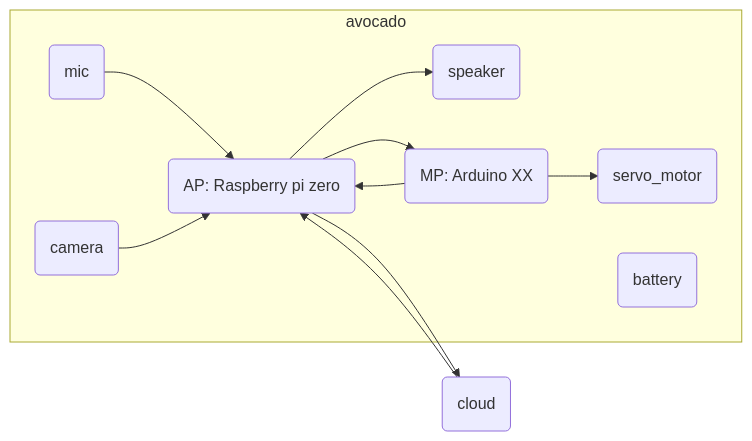
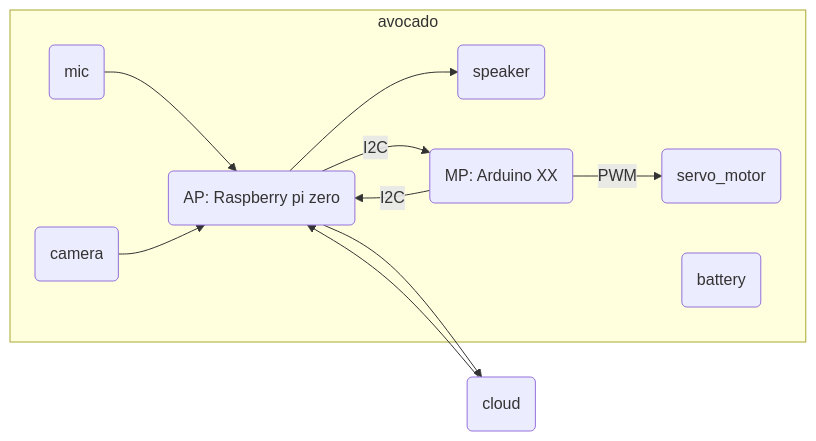
The diagram in docs/images/mermaid/overview_hw_arch.mmd (nacai/avocado), drawn with Mermaid before and after one commit. The commit also changed 3 other files, not shown here.

```diff
--- a/docs/images/mermaid/overview_hw_arch.mmd
+++ b/docs/images/mermaid/overview_hw_arch.mmd
@@ -1,22 +1,22 @@
 graph LR
     subgraph avocado
         ap(AP: Raspberry pi zero)
         camera(camera)
         mic(mic)
         speaker(speaker)
         servo_motor(servo_motor)
         mp(MP: Arduino XX)
         battery(battery)
     end
     cloud(cloud)
 
     mic-->ap
     ap-->speaker
     camera-->ap
 
     ap-->cloud
     cloud-->ap
-    ap-->mp
-    mp-->ap
+    ap--> |I2C| mp
+    mp--> |I2C| ap
 
-    mp-->servo_motor
+    mp--> |PWM| servo_motor
```
